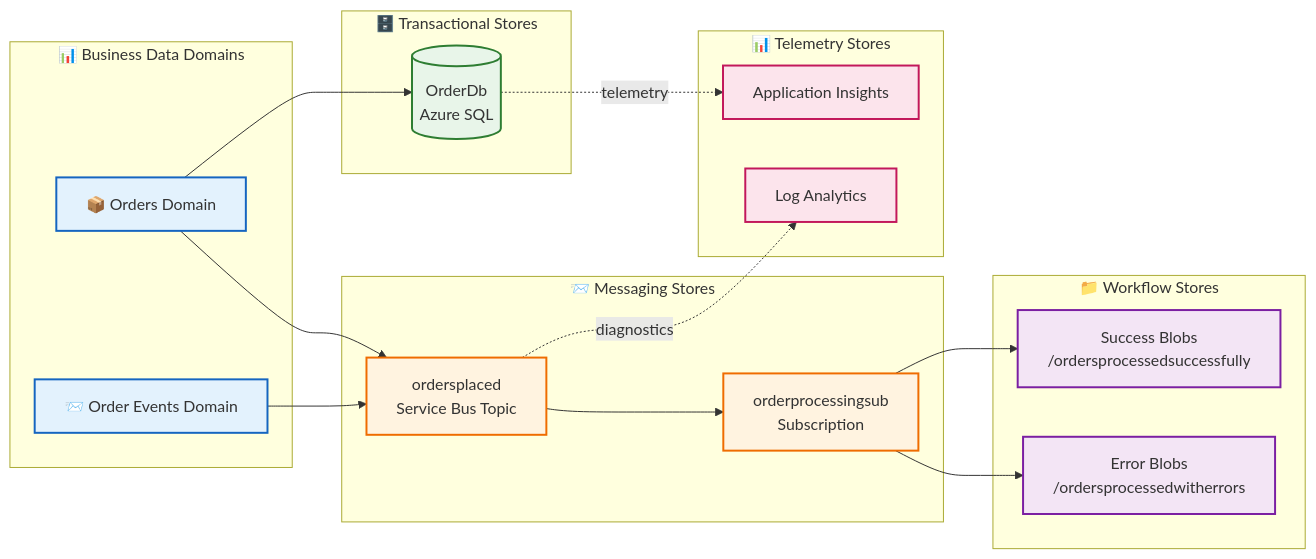
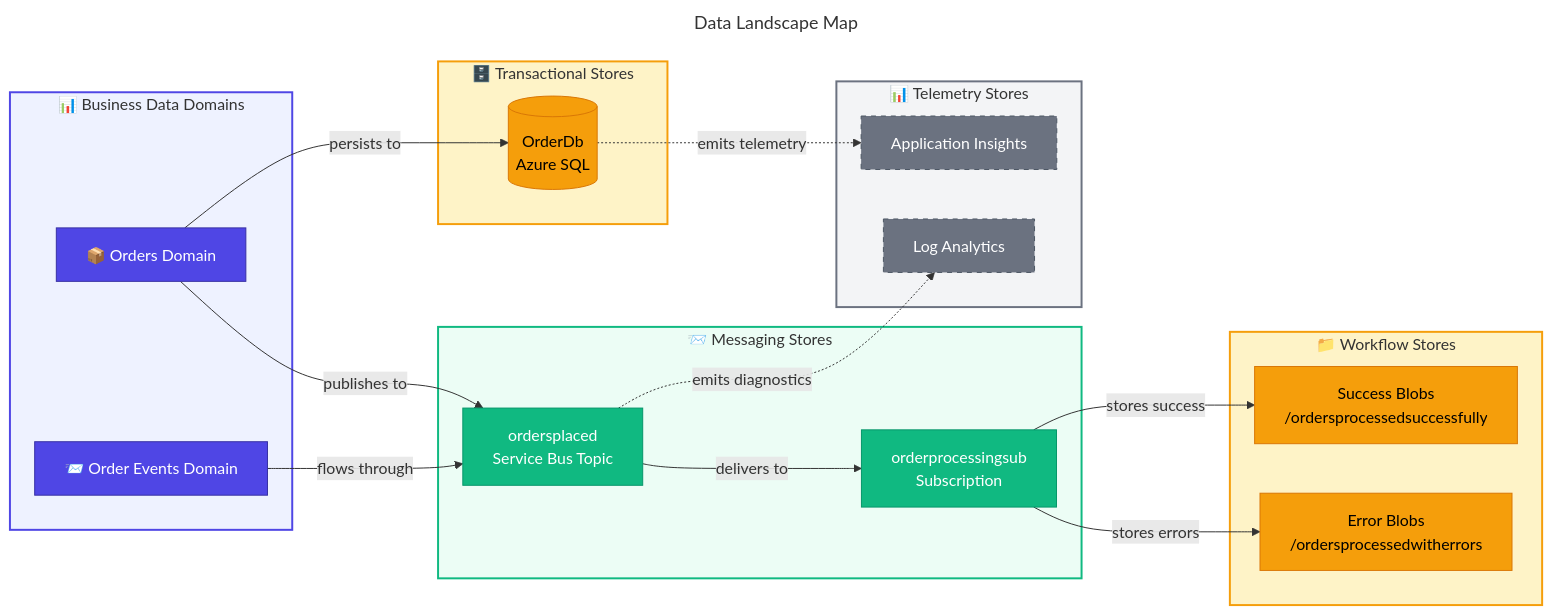
The first of 6 diagrams in docs/architecture/02-data-architecture.md (Evilazaro/Azure-LogicApps-Monitoring), drawn with Mermaid before and after one commit. The commit also changed other lines of this file, not shown here.

Commit message:
feat: Update data architecture diagrams with enhanced flow, connections, and visual styles

````diff
--- a/docs/architecture/02-data-architecture.md
+++ b/docs/architecture/02-data-architecture.md
@@ -38,47 +38,64 @@
 ```mermaid
+---
+title: Data Landscape Map
+---
 flowchart LR
+    %% ===== BUSINESS DATA DOMAINS =====
     subgraph BusinessDomains["📊 Business Data Domains"]
         Orders["📦 Orders Domain"]
         Events["📨 Order Events Domain"]
     end
 
+    %% ===== TRANSACTIONAL STORES =====
     subgraph TransactionalStores["🗄️ Transactional Stores"]
         OrderDb[("OrderDb<br/>Azure SQL")]
     end
 
+    %% ===== MESSAGING STORES =====
     subgraph MessagingStores["📨 Messaging Stores"]
         Topic["ordersplaced<br/>Service Bus Topic"]
         Sub["orderprocessingsub<br/>Subscription"]
     end
 
+    %% ===== WORKFLOW STORES =====
     subgraph WorkflowStores["📁 Workflow Stores"]
         BlobSuccess["Success Blobs<br/>/ordersprocessedsuccessfully"]
         BlobError["Error Blobs<br/>/ordersprocessedwitherrors"]
     end
 
+    %% ===== TELEMETRY STORES =====
     subgraph TelemetryStores["📊 Telemetry Stores"]
         AppInsights["Application Insights"]
         LogAnalytics["Log Analytics"]
     end
 
-    Orders --> OrderDb
-    Orders --> Topic
-    Events --> Topic
-    Topic --> Sub
-    Sub --> BlobSuccess
-    Sub --> BlobError
-    OrderDb -.->|"telemetry"| AppInsights
-    Topic -.->|"diagnostics"| LogAnalytics
+    %% ===== CONNECTIONS =====
+    Orders -->|"persists to"| OrderDb
+    Orders -->|"publishes to"| Topic
+    Events -->|"flows through"| Topic
+    Topic -->|"delivers to"| Sub
+    Sub -->|"stores success"| BlobSuccess
+    Sub -->|"stores errors"| BlobError
+    OrderDb -.->|"emits telemetry"| AppInsights
+    Topic -.->|"emits diagnostics"| LogAnalytics
 
-    classDef domain fill:#e3f2fd,stroke:#1565c0,stroke-width:2px
-    classDef transactional fill:#e8f5e9,stroke:#2e7d32,stroke-width:2px
-    classDef messaging fill:#fff3e0,stroke:#ef6c00,stroke-width:2px
-    classDef workflow fill:#f3e5f5,stroke:#7b1fa2,stroke-width:2px
-    classDef telemetry fill:#fce4ec,stroke:#c2185b,stroke-width:2px
+    %% ===== STYLES - NODE CLASSES =====
+    classDef primary fill:#4F46E5,stroke:#3730A3,color:#FFFFFF
+    classDef datastore fill:#F59E0B,stroke:#D97706,color:#000000
+    classDef secondary fill:#10B981,stroke:#059669,color:#FFFFFF
+    classDef external fill:#6B7280,stroke:#4B5563,color:#FFFFFF,stroke-dasharray:5 5
 
-    class Orders,Events domain
-    class OrderDb transactional
-    class Topic,Sub messaging
-    class BlobSuccess,BlobError workflow
-    class AppInsights,LogAnalytics telemetry
+    %% ===== CLASS ASSIGNMENTS =====
+    class Orders,Events primary
+    class OrderDb datastore
+    class Topic,Sub secondary
+    class BlobSuccess,BlobError datastore
+    class AppInsights,LogAnalytics external
+
+    %% ===== SUBGRAPH STYLES =====
+    style BusinessDomains fill:#EEF2FF,stroke:#4F46E5,stroke-width:2px
+    style TransactionalStores fill:#FEF3C7,stroke:#F59E0B,stroke-width:2px
+    style MessagingStores fill:#ECFDF5,stroke:#10B981,stroke-width:2px
+    style WorkflowStores fill:#FEF3C7,stroke:#F59E0B,stroke-width:2px
+    style TelemetryStores fill:#F3F4F6,stroke:#6B7280,stroke-width:2px
 ```
````
